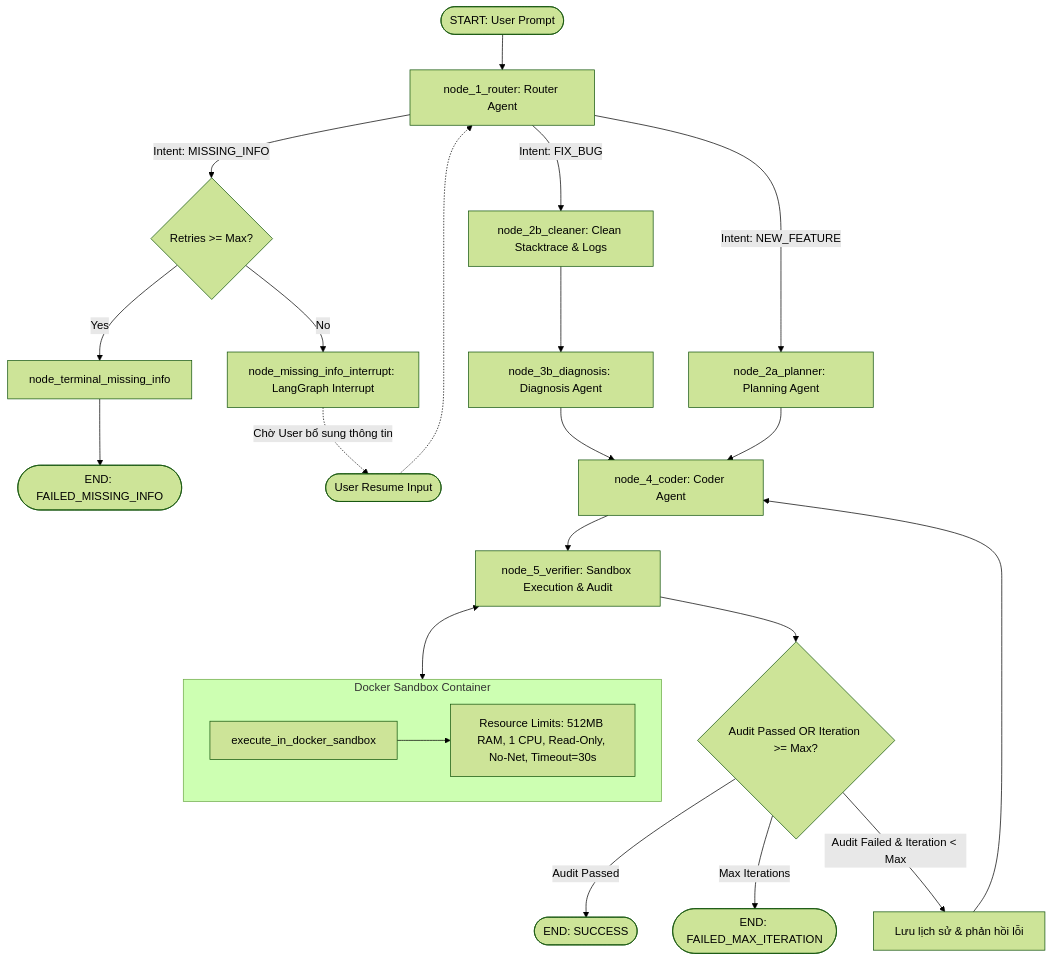
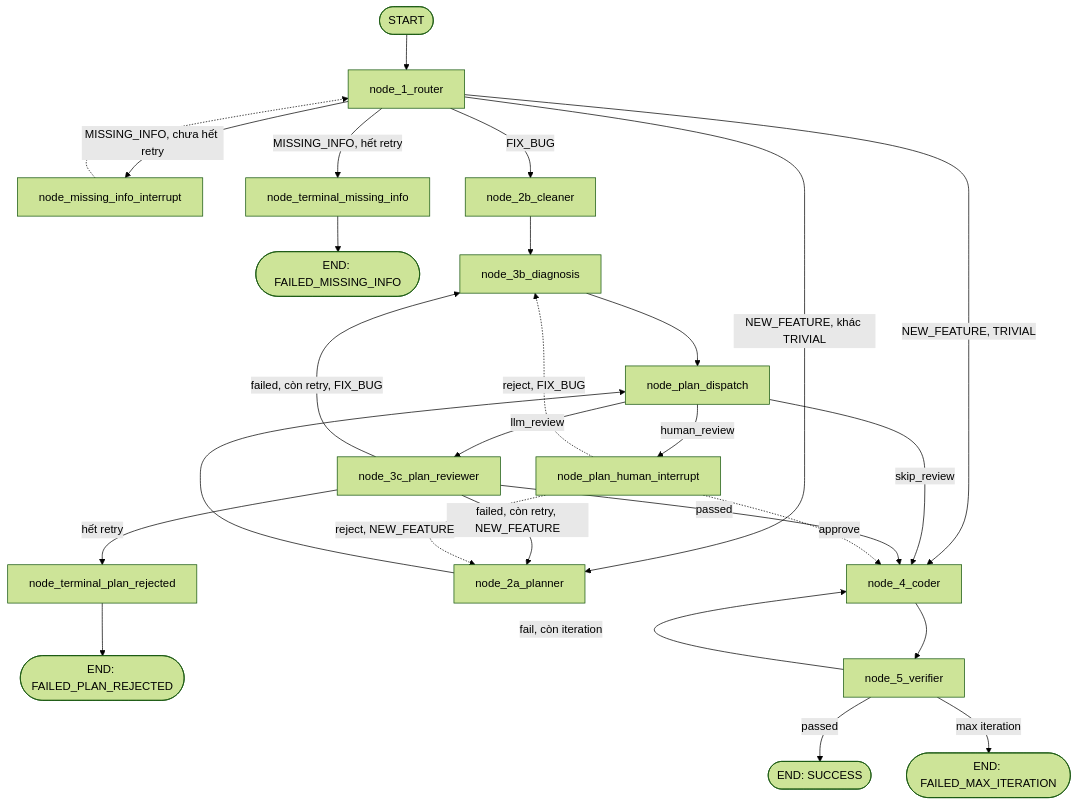
The diagram in README.md (vchieu/ai_engineer_agent), drawn with Mermaid (forest theme) before and after one commit. The commit also changed 10 other files, not shown here.

Commit message:
feat: integrate Plan Review & Dispatch system and update tests/docs

````diff
--- a/README.md
+++ b/README.md
@@ -9,29 +9,33 @@
 ```mermaid
 flowchart TD
-    Start([START: User Prompt]) --> Router[node_1_router: Router Agent]
+    Start([START]) --> Router[node_1_router]
 
-    Router -->|Intent: MISSING_INFO| CheckRetry{Retries >= Max?}
-    CheckRetry -->|Yes| TerminalMissing[node_terminal_missing_info] --> EndFailMissing([END: FAILED_MISSING_INFO])
-    CheckRetry -->|No| Interrupt[node_missing_info_interrupt: LangGraph Interrupt]
-    Interrupt -.->|Chờ User bổ sung thông tin| Resume([User Resume Input]) -.-> Router
+    Router -->|MISSING_INFO, chưa hết retry| Interrupt[node_missing_info_interrupt]
+    Router -->|MISSING_INFO, hết retry| TerminalMissing[node_terminal_missing_info] --> EndMissing([END: FAILED_MISSING_INFO])
+    Interrupt -.-> Router
 
-    Router -->|Intent: FIX_BUG| Cleaner[node_2b_cleaner: Clean Stacktrace & Logs]
-    Cleaner --> Diagnosis[node_3b_diagnosis: Diagnosis Agent]
-    Diagnosis --> Coder[node_4_coder: Coder Agent]
+    Router -->|FIX_BUG| Cleaner[node_2b_cleaner] --> Diagnosis[node_3b_diagnosis]
+    Router -->|NEW_FEATURE, TRIVIAL| Coder
+    Router -->|NEW_FEATURE, khác TRIVIAL| Planner[node_2a_planner]
 
-    Router -->|Intent: NEW_FEATURE| Planner[node_2a_planner: Planning Agent]
-    Planner --> Coder
+    Diagnosis --> Dispatch[node_plan_dispatch]
+    Planner --> Dispatch
 
-    Coder --> Verifier[node_5_verifier: Sandbox Execution & Audit]
-    
-    subgraph Sandbox [Docker Sandbox Container]
-        DockerRun[execute_in_docker_sandbox]
-        DockerRun --> Limits[Resource Limits: 512MB RAM, 1 CPU, Read-Only, No-Net, Timeout=30s]
-    end
-    Verifier <--> Sandbox
+    Dispatch -->|skip_review| Coder[node_4_coder]
+    Dispatch -->|llm_review| PlanReviewer[node_3c_plan_reviewer]
+    Dispatch -->|human_review| PlanInterrupt[node_plan_human_interrupt]
 
-    Verifier --> CheckVerifier{Audit Passed OR Iteration >= Max?}
-    CheckVerifier -->|Audit Passed| EndSuccess([END: SUCCESS])
-    CheckVerifier -->|Max Iterations| EndFailIter([END: FAILED_MAX_ITERATION])
-    CheckVerifier -->|Audit Failed & Iteration < Max| Feedback[Lưu lịch sử & phản hồi lỗi] --> Coder
+    PlanReviewer -->|passed| Coder
+    PlanReviewer -->|failed, còn retry, FIX_BUG| Diagnosis
+    PlanReviewer -->|failed, còn retry, NEW_FEATURE| Planner
+    PlanReviewer -->|hết retry| TerminalPlanRejected[node_terminal_plan_rejected] --> EndPlanRejected([END: FAILED_PLAN_REJECTED])
+
+    PlanInterrupt -.->|approve| Coder
+    PlanInterrupt -.->|reject, FIX_BUG| Diagnosis
+    PlanInterrupt -.->|reject, NEW_FEATURE| Planner
+
+    Coder --> Verifier[node_5_verifier]
+    Verifier -->|passed| EndSuccess([END: SUCCESS])
+    Verifier -->|max iteration| EndMaxIter([END: FAILED_MAX_ITERATION])
+    Verifier -->|fail, còn iteration| Coder
 ```
````
